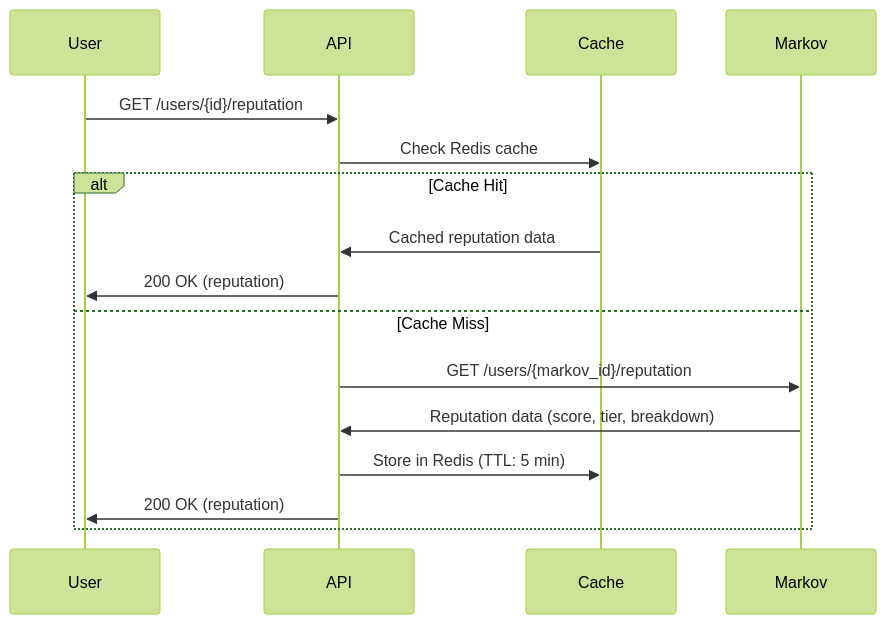
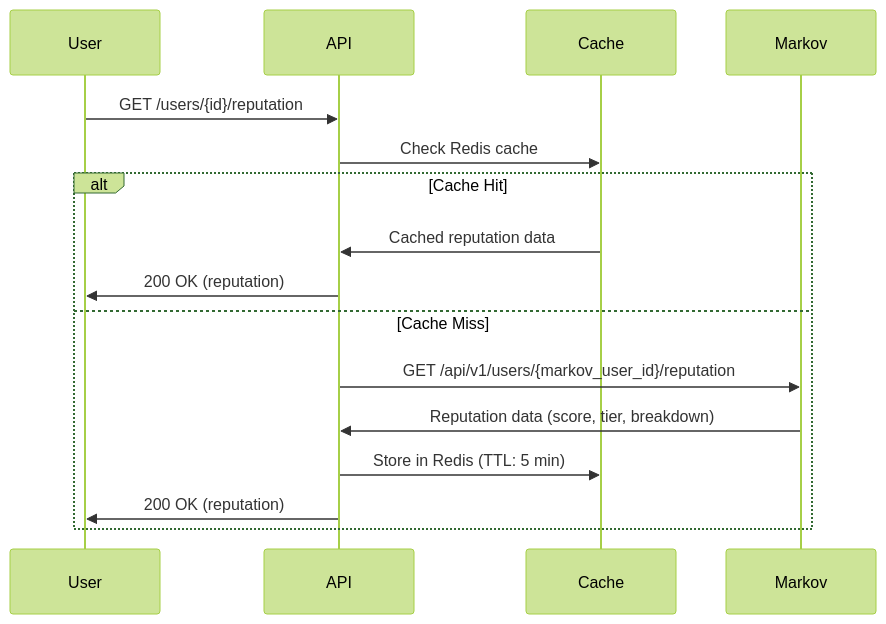
The fifth of 10 diagrams in docs/architecture/data-flow.md (balungpisah/gotong-royong), drawn with Mermaid (forest theme) before and after one commit. The commit also changed other lines of this file and 2 other files, not shown here.

Commit message:
docs(architecture): clarify markov integration prerequisites and reputation endpoint

````diff
--- a/docs/architecture/data-flow.md
+++ b/docs/architecture/data-flow.md
@@ -198,20 +198,20 @@
 ```mermaid
 sequenceDiagram
     participant User
     participant API
     participant Cache
     participant Markov
 
     User->>API: GET /users/{id}/reputation
     API->>Cache: Check Redis cache
 
     alt Cache Hit
         Cache->>API: Cached reputation data
         API->>User: 200 OK (reputation)
     else Cache Miss
-        API->>Markov: GET /users/{markov_id}/reputation
+        API->>Markov: GET /api/v1/users/{markov_user_id}/reputation
         Markov->>API: Reputation data (score, tier, breakdown)
         API->>Cache: Store in Redis (TTL: 5 min)
         API->>User: 200 OK (reputation)
     end
 ```
````
